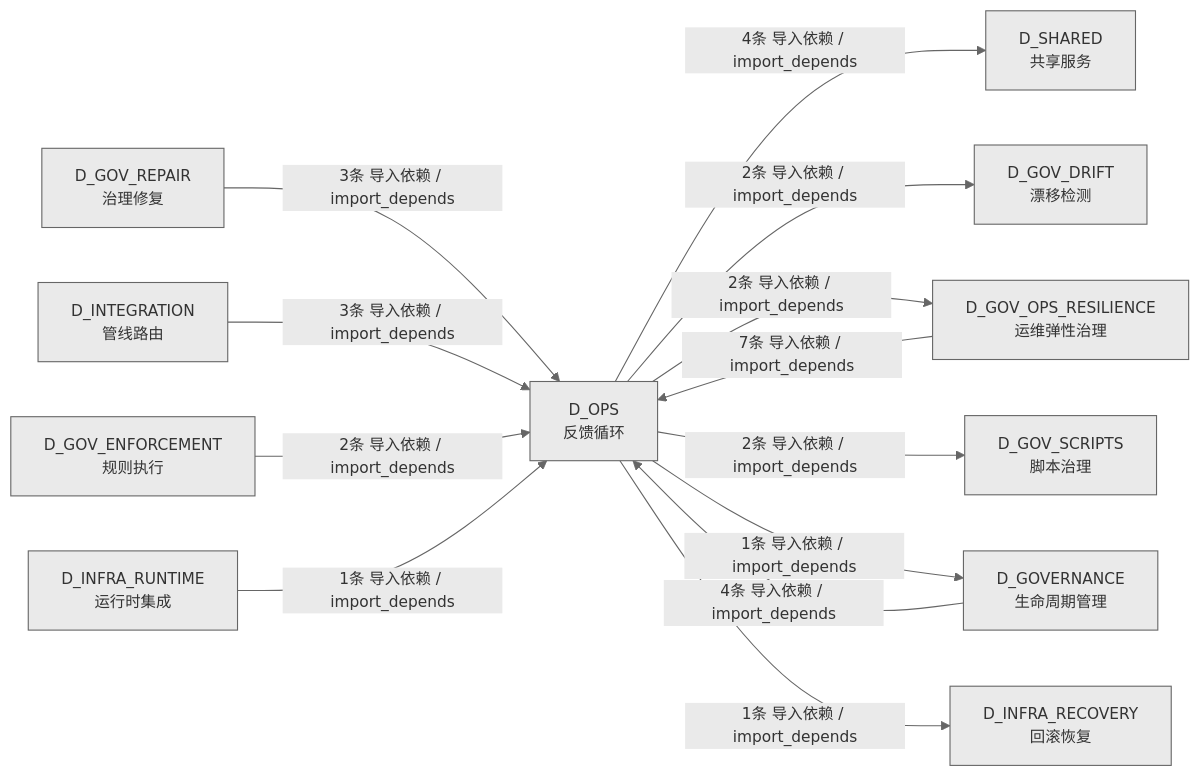
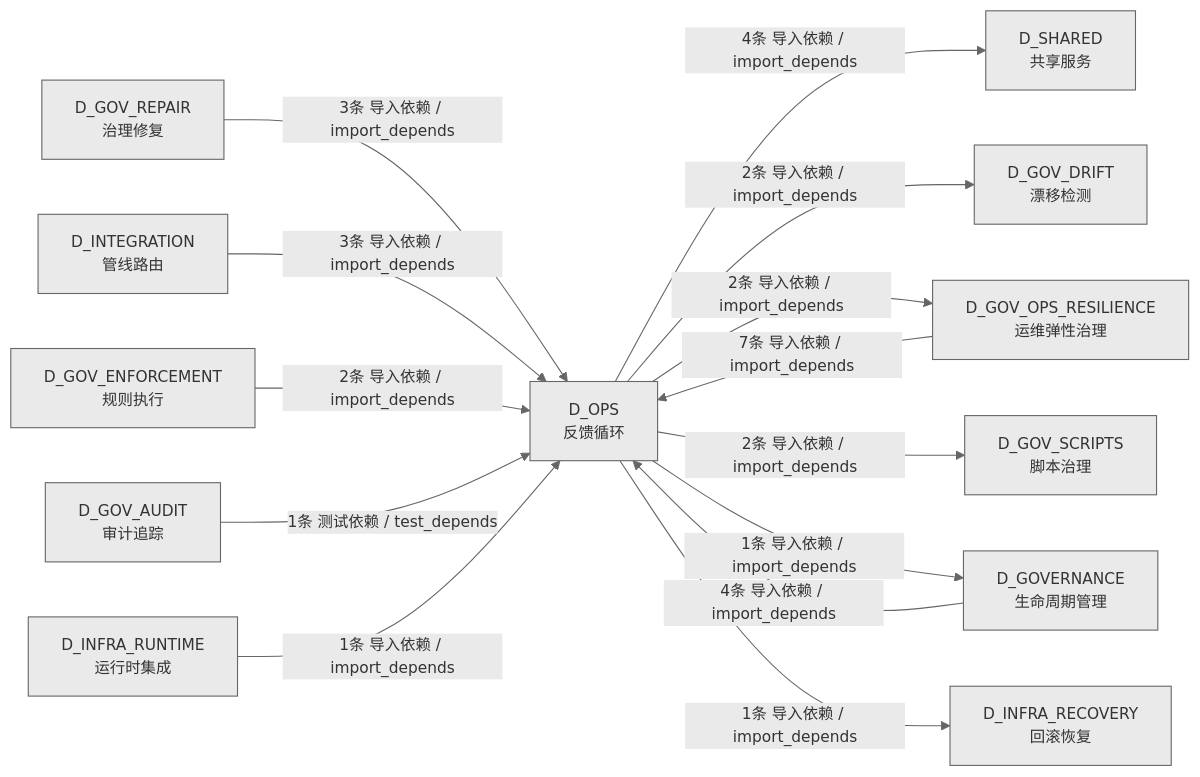
The third of 3 diagrams in docs/02_enterprise_architecture/02_domain_architecture_docs/24_d_ops.md (xuanFelixVan/ZephyrAlpha), drawn with Mermaid before and after one commit. The commit also changed other lines of this file and 47 other files, not shown here.

````diff
--- a/docs/02_enterprise_architecture/02_domain_architecture_docs/24_d_ops.md
+++ b/docs/02_enterprise_architecture/02_domain_architecture_docs/24_d_ops.md
@@ -213,27 +214,29 @@
 ```mermaid
 %%{init: {'theme': 'base', 'themeVariables': {'primaryColor': '#eaeaea', 'primaryTextColor': '#333333', 'primaryBorderColor': '#666666', 'lineColor': '#666666', 'secondaryColor': '#eaeaea', 'tertiaryColor': '#eaeaea', 'fontSize': '14px'}}}%%
 graph LR
     D_OPS["D_OPS<br/>反馈循环"]
     D_SHARED["D_SHARED<br/>共享服务"]
     D_GOV_DRIFT["D_GOV_DRIFT<br/>漂移检测"]
     D_GOV_OPS_RESILIENCE["D_GOV_OPS_RESILIENCE<br/>运维弹性治理"]
     D_GOV_SCRIPTS["D_GOV_SCRIPTS<br/>脚本治理"]
     D_GOVERNANCE["D_GOVERNANCE<br/>生命周期管理"]
     D_INFRA_RECOVERY["D_INFRA_RECOVERY<br/>回滚恢复"]
     D_GOV_REPAIR["D_GOV_REPAIR<br/>治理修复"]
     D_INTEGRATION["D_INTEGRATION<br/>管线路由"]
     D_GOV_ENFORCEMENT["D_GOV_ENFORCEMENT<br/>规则执行"]
+    D_GOV_AUDIT["D_GOV_AUDIT<br/>审计追踪"]
     D_INFRA_RUNTIME["D_INFRA_RUNTIME<br/>运行时集成"]
     D_OPS -->|4条 导入依赖 / import_depends| D_SHARED
     D_OPS -->|2条 导入依赖 / import_depends| D_GOV_DRIFT
     D_OPS -->|2条 导入依赖 / import_depends| D_GOV_OPS_RESILIENCE
     D_OPS -->|2条 导入依赖 / import_depends| D_GOV_SCRIPTS
     D_OPS -->|1条 导入依赖 / import_depends| D_GOVERNANCE
     D_OPS -->|1条 导入依赖 / import_depends| D_INFRA_RECOVERY
     D_GOV_OPS_RESILIENCE -->|7条 导入依赖 / import_depends| D_OPS
     D_GOVERNANCE -->|4条 导入依赖 / import_depends| D_OPS
     D_GOV_REPAIR -->|3条 导入依赖 / import_depends| D_OPS
     D_INTEGRATION -->|3条 导入依赖 / import_depends| D_OPS
     D_GOV_ENFORCEMENT -->|2条 导入依赖 / import_depends| D_OPS
+    D_GOV_AUDIT -->|1条 测试依赖 / test_depends| D_OPS
     D_INFRA_RUNTIME -->|1条 导入依赖 / import_depends| D_OPS
 ```
````
